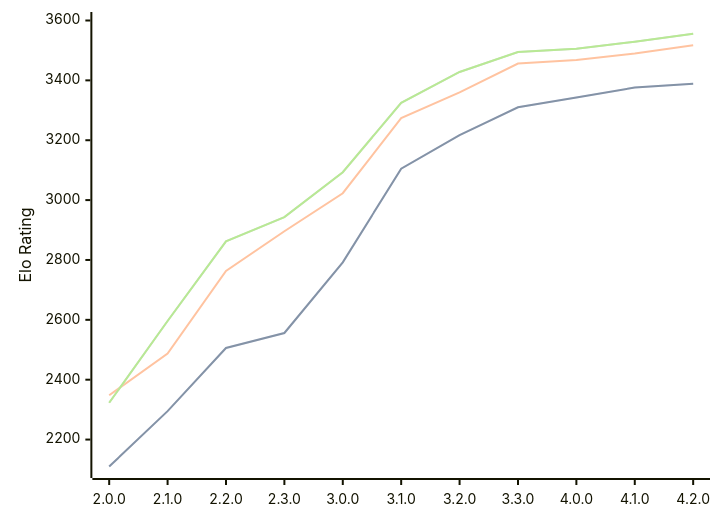
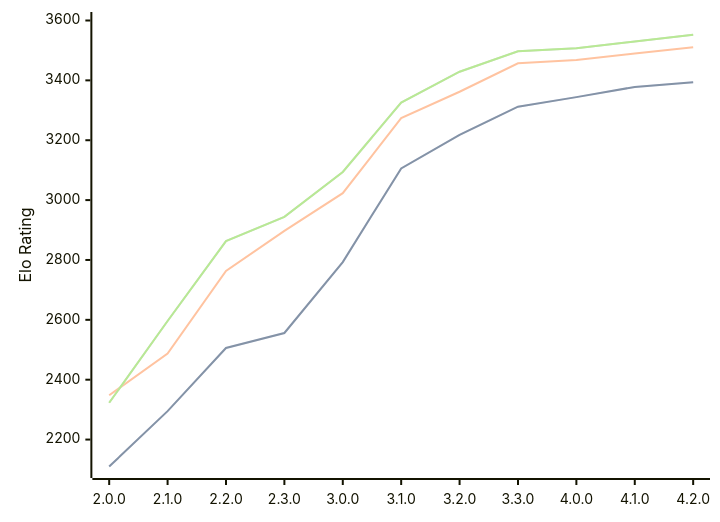
The third of 3 diagrams in engines/Raphael.md (computer-chess-index/cci), drawn with Mermaid before and after one commit. The commit also changed other lines of this file, not shown here.

Commit message:
Update CCI Ratings (ELO VLTC) - 2026-07-02

````diff
--- a/engines/Raphael.md
+++ b/engines/Raphael.md
@@ -86,11 +86,11 @@
 ```mermaid
 %%{init: {"theme":"base","themeVariables":{"seriesColors:['#a3a3a3','#222221','#faa371']}}}%%
 xychart-beta
   x-axis ["2.0.0", "2.1.0", "2.2.0", "2.3.0", "3.0.0", "3.1.0", "3.2.0", "3.3.0", "4.0.0", "4.1.0", "4.2.0"]
   y-axis "Elo Rating" 2100 --> 3600
-  line "STC (8.0+0.08s)" [2110, 2295, 2506, 2556, 2792, 3105, 3217, 3310, 3343, 3376, 3389]
-  line "STC (8.0+0.08s)" [2110, 2295, 2506, 2556, 2792, 3105, 3217, 3310, 3343, 3376, 3389]
-  line "LTC (60.0+0.60s)" [2348, 2487, 2763, 2896, 3023, 3274, 3360, 3456, 3468, 3490, 3517]
-  line "VLTC (2m24s+1.12s)" [2323, 2596, 2862, 2943, 3093, 3325, 3428, 3495, 3506, 3529, 3556]
-  line "VLTC (2m24s+1.12s)" [2323, 2596, 2862, 2943, 3093, 3325, 3428, 3495, 3506, 3529, 3556]
+  line "STC (8.0+0.08s)" [2110, 2295, 2506, 2556, 2793, 3106, 3218, 3312, 3344, 3378, 3394]
+  line "STC (8.0+0.08s)" [2110, 2295, 2506, 2556, 2793, 3106, 3218, 3312, 3344, 3378, 3394]
+  line "LTC (60.0+0.60s)" [2348, 2487, 2763, 2897, 3023, 3274, 3362, 3457, 3468, 3490, 3511]
+  line "VLTC (2m24s+1.12s)" [2323, 2596, 2863, 2944, 3094, 3326, 3429, 3497, 3507, 3530, 3552]
+  line "VLTC (2m24s+1.12s)" [2323, 2596, 2863, 2944, 3094, 3326, 3429, 3497, 3507, 3530, 3552]
 ```
````
